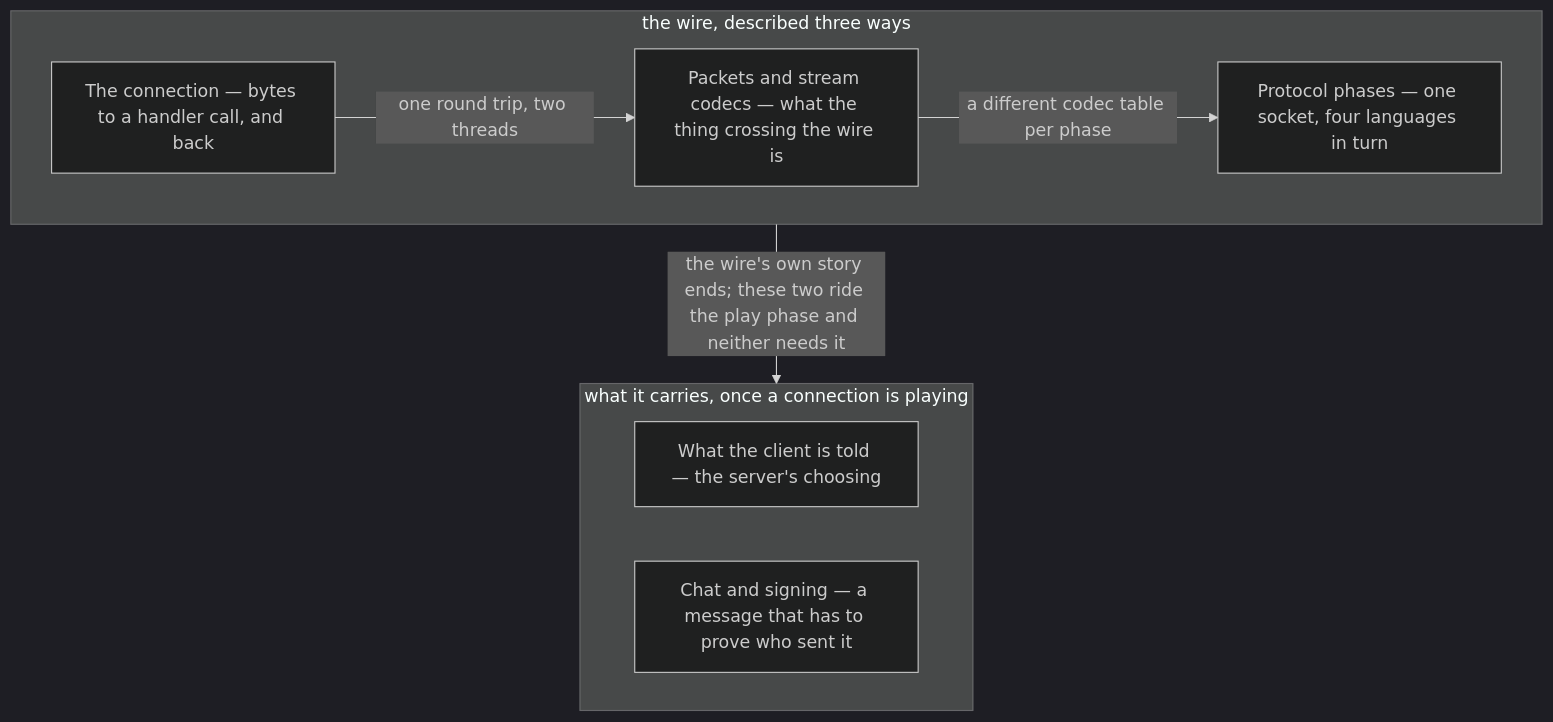
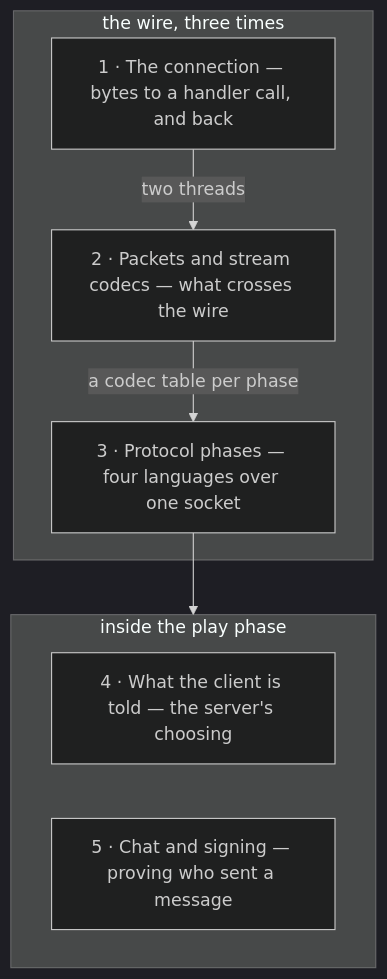
The diagram in src/systems/networking/README.md (AlexanderjFraser/MinecraftDocs), drawn with Mermaid (dark theme) before and after one commit. The commit also changed other lines of this file and 11 other files, not shown here.

````diff
--- a/src/systems/networking/README.md
+++ b/src/systems/networking/README.md
@@ -29,15 +29,15 @@
 ```mermaid
 flowchart TD
-    subgraph W["the wire, described three ways"]
-      TC["The connection — bytes to a handler call, and back"]
-      PSC["Packets and stream codecs — what the thing crossing the wire is"]
-      PP["Protocol phases — one socket, four languages in turn"]
+    subgraph W["the wire, three times"]
+      TC["1 · The connection — bytes to a handler call, and back"]
+      PSC["2 · Packets and stream codecs — what crosses the wire"]
+      PP["3 · Protocol phases — four languages over one socket"]
     end
-    subgraph A["what it carries, once a connection is playing"]
-      WCT["What the client is told — the server's choosing"]
-      CS["Chat and signing — a message that has to prove who sent it"]
+    subgraph A["inside the play phase"]
+      WCT["4 · What the client is told — the server's choosing"]
+      CS["5 · Chat and signing — proving who sent a message"]
     end
-    TC -- "one round trip, two threads" --> PSC
-    PSC -- "a different codec table per phase" --> PP
-    W -- "the wire's own story ends; these two ride the play phase and neither needs it" --> A
+    TC -- "two threads" --> PSC
+    PSC -- "a codec table per phase" --> PP
+    PP --> A
 ```
````
